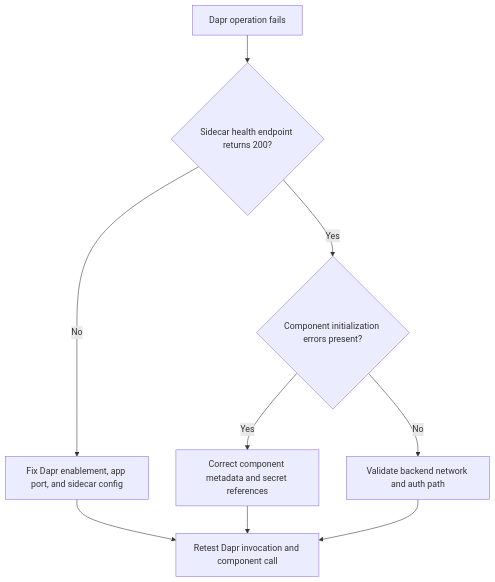
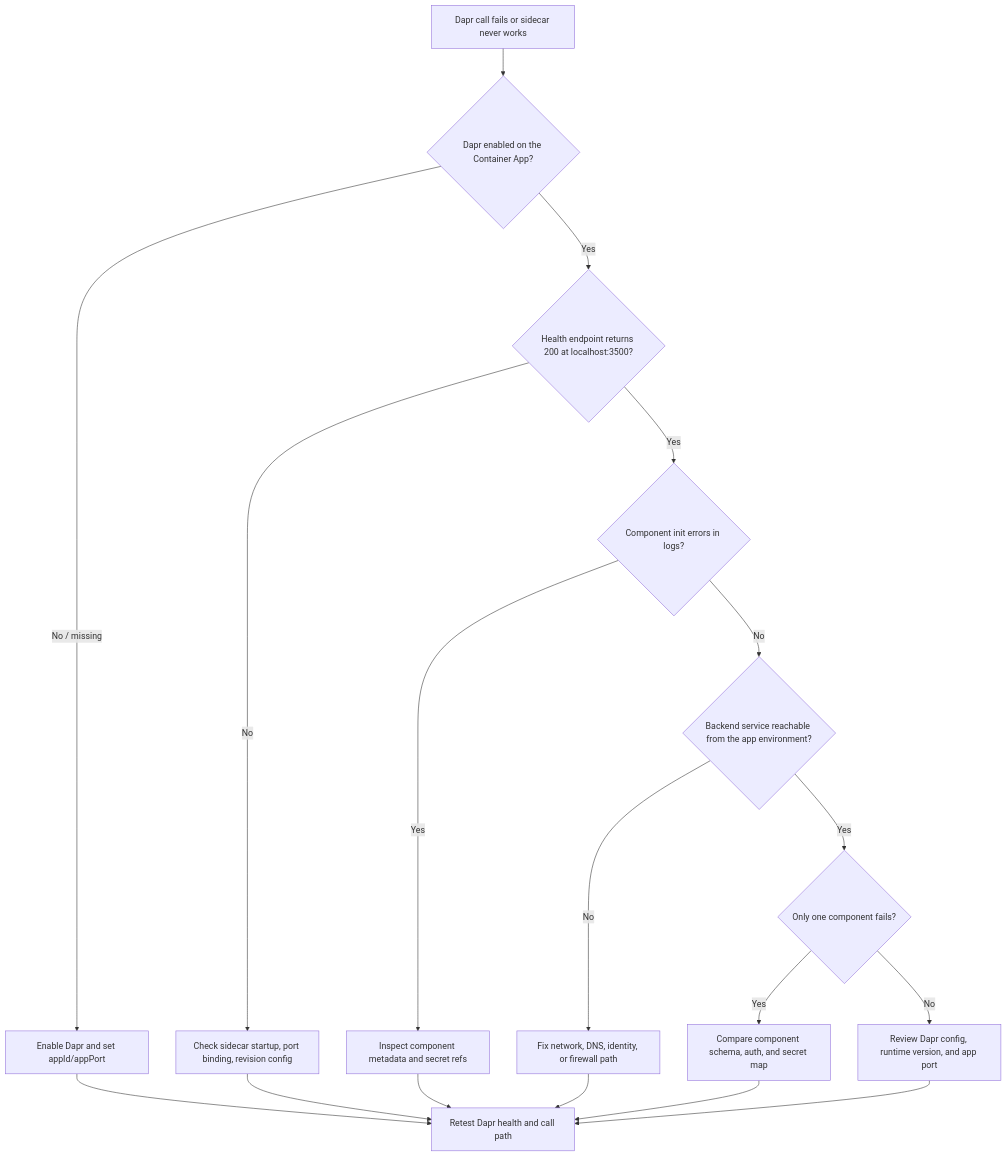
One commit to yeongseon/azure-container-apps-practical-guide changed the diagram in docs/troubleshooting/playbooks/platform-features/dapr-sidecar-or-component-failure.md. Above: the diagram before and after it, drawn with Mermaid. The commit also changed other lines of this file and 22 other files, not shown here.

First line of the commit message:
docs: expand troubleshooting content to App Service guide level

````diff
--- a/docs/troubleshooting/playbooks/platform-features/dapr-sidecar-or-component-failure.md
+++ b/docs/troubleshooting/playbooks/platform-features/dapr-sidecar-or-component-failure.md
@@ -67,11 +19,20 @@
 ```mermaid
-flowchart TD
-    A[Dapr operation fails] --> B{Sidecar health endpoint returns 200?}
-    B -->|No| C[Fix Dapr enablement, app port, and sidecar config]
-    B -->|Yes| D{Component initialization errors present?}
-    D -->|Yes| E[Correct component metadata and secret references]
-    D -->|No| F[Validate backend network and auth path]
-    C --> G[Retest Dapr invocation and component call]
-    E --> G
-    F --> G
+graph TD
+    A[Dapr call fails or sidecar never works] --> B{Dapr enabled on the Container App?}
+    B -->|No / missing| C[Enable Dapr and set appId/appPort]
+    B -->|Yes| D{Health endpoint returns 200 at localhost:3500?}
+    D -->|No| E[Check sidecar startup, port binding, revision config]
+    D -->|Yes| F{Component init errors in logs?}
+    F -->|Yes| G[Inspect component metadata and secret refs]
+    F -->|No| H{Backend service reachable from the app environment?}
+    H -->|No| I[Fix network, DNS, identity, or firewall path]
+    H -->|Yes| J{Only one component fails?}
+    J -->|Yes| K[Compare component schema, auth, and secret map]
+    J -->|No| L[Review Dapr config, runtime version, and app port]
+    C --> M[Retest Dapr health and call path]
+    E --> M
+    G --> M
+    I --> M
+    K --> M
+    L --> M
 ```
````
